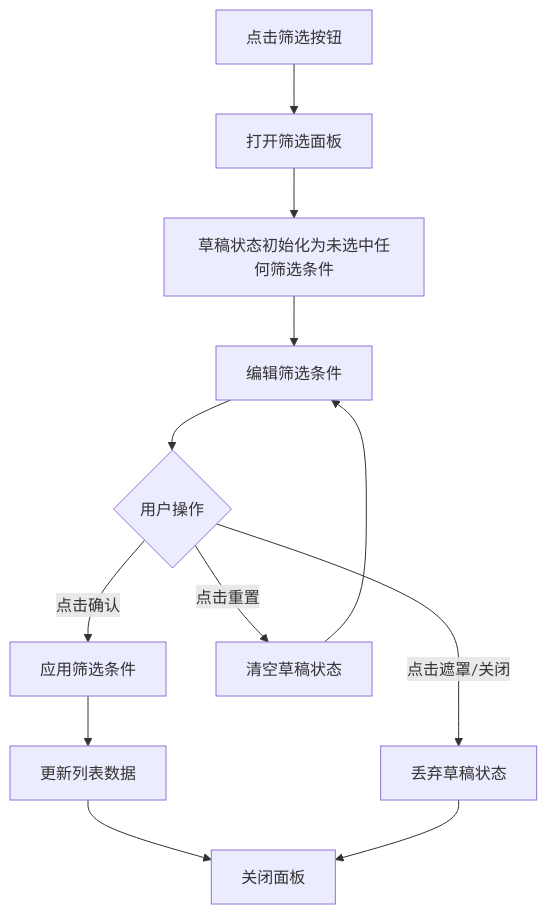
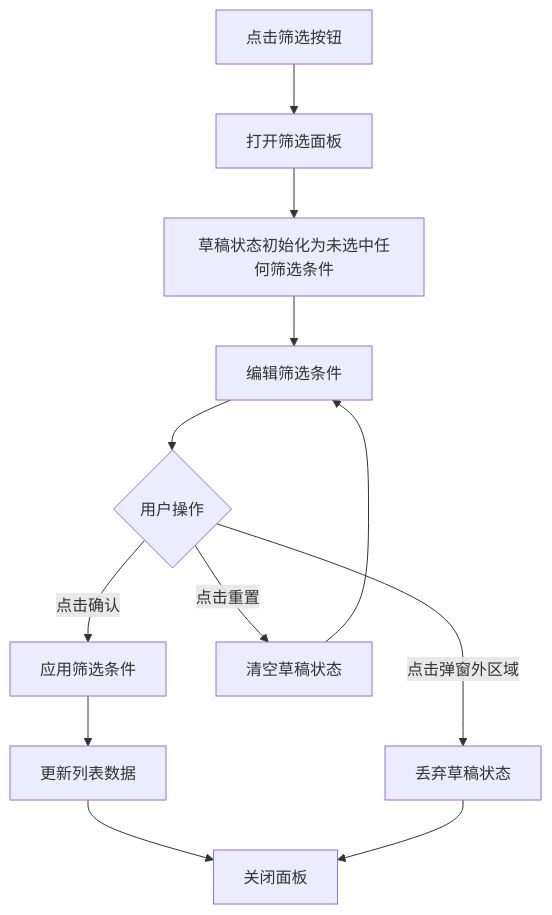
One commit to goeye/twt changed the second of 2 diagrams in docs/PRD-筛选面板.md. Above: the diagram before and after it, drawn with Mermaid. The commit also changed other lines of this file and 4 other files, not shown here.

````diff
--- a/docs/PRD-筛选面板.md
+++ b/docs/PRD-筛选面板.md
@@ -54,14 +54,14 @@
 ```mermaid
 flowchart TD
     Start[点击筛选按钮] --> Open[打开筛选面板]
     Open --> Init[草稿状态初始化为未选中任何筛选条件]
     Init --> Edit[编辑筛选条件]
     Edit --> Choice{用户操作}
     Choice -->|点击确认| Apply[应用筛选条件]
     Choice -->|点击重置| Clear[清空草稿状态]
-    Choice -->|点击遮罩/关闭| Discard[丢弃草稿状态]
+    Choice -->|点击弹窗外区域| Discard[丢弃草稿状态]
     Apply --> Update[更新列表数据]
     Update --> Close[关闭面板]
     Clear --> Edit
     Discard --> Close
 ```
````
